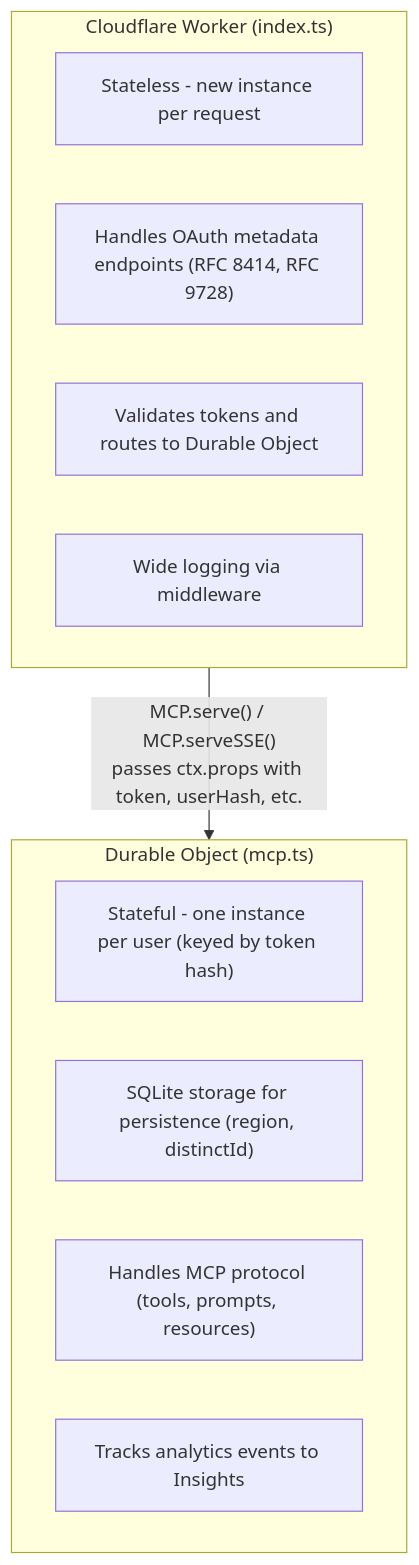
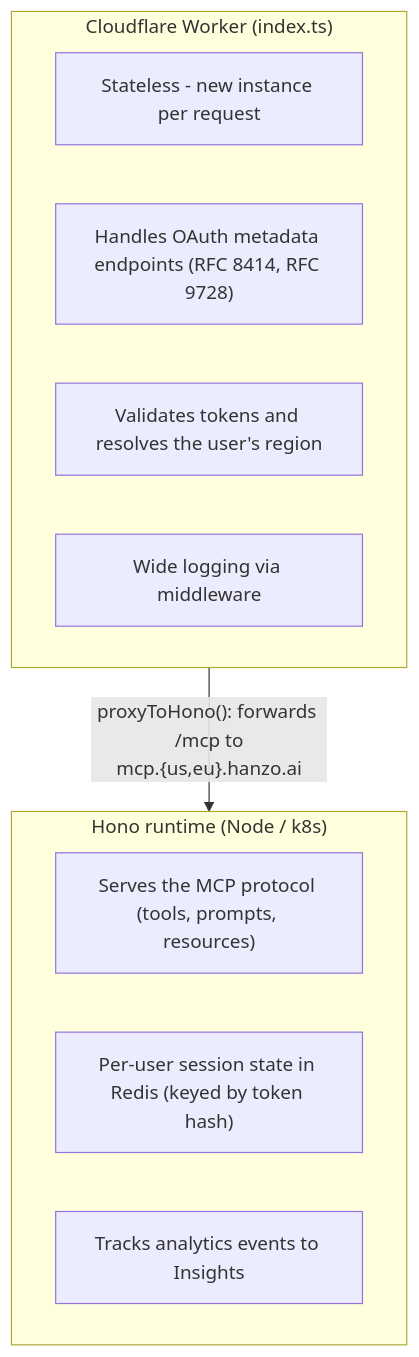
Before and after one commit to hanzoai/insights: the first of 2 diagrams in services/mcp/ARCHITECTURE.md, drawn with Mermaid. The commit also changed other lines of this file and 37259 other files, not shown here.

````diff
--- a/services/mcp/ARCHITECTURE.md
+++ b/services/mcp/ARCHITECTURE.md
@@ -12,18 +7,17 @@
 ```mermaid
 flowchart TB
     subgraph Worker["Cloudflare Worker (index.ts)"]
         W1["Stateless - new instance per request"]
         W2["Handles OAuth metadata endpoints (RFC 8414, RFC 9728)"]
-        W3["Validates tokens and routes to Durable Object"]
+        W3["Validates tokens and resolves the user's region"]
         W4["Wide logging via middleware"]
     end
 
-    subgraph DO["Durable Object (mcp.ts)"]
-        D1["Stateful - one instance per user (keyed by token hash)"]
-        D2["SQLite storage for persistence (region, distinctId)"]
-        D3["Handles MCP protocol (tools, prompts, resources)"]
-        D4["Tracks analytics events to Insights"]
+    subgraph Hono["Hono runtime (Node / k8s)"]
+        H1["Serves the MCP protocol (tools, prompts, resources)"]
+        H2["Per-user session state in Redis (keyed by token hash)"]
+        H3["Tracks analytics events to Insights"]
     end
 
-    Worker -->|"MCP.serve() / MCP.serveSSE()<br/>passes ctx.props with token, userHash, etc."| DO
+    Worker -->|"proxyToHono(): forwards /mcp to<br/>mcp.{us,eu}.hanzo.ai"| Hono
 ```
````
